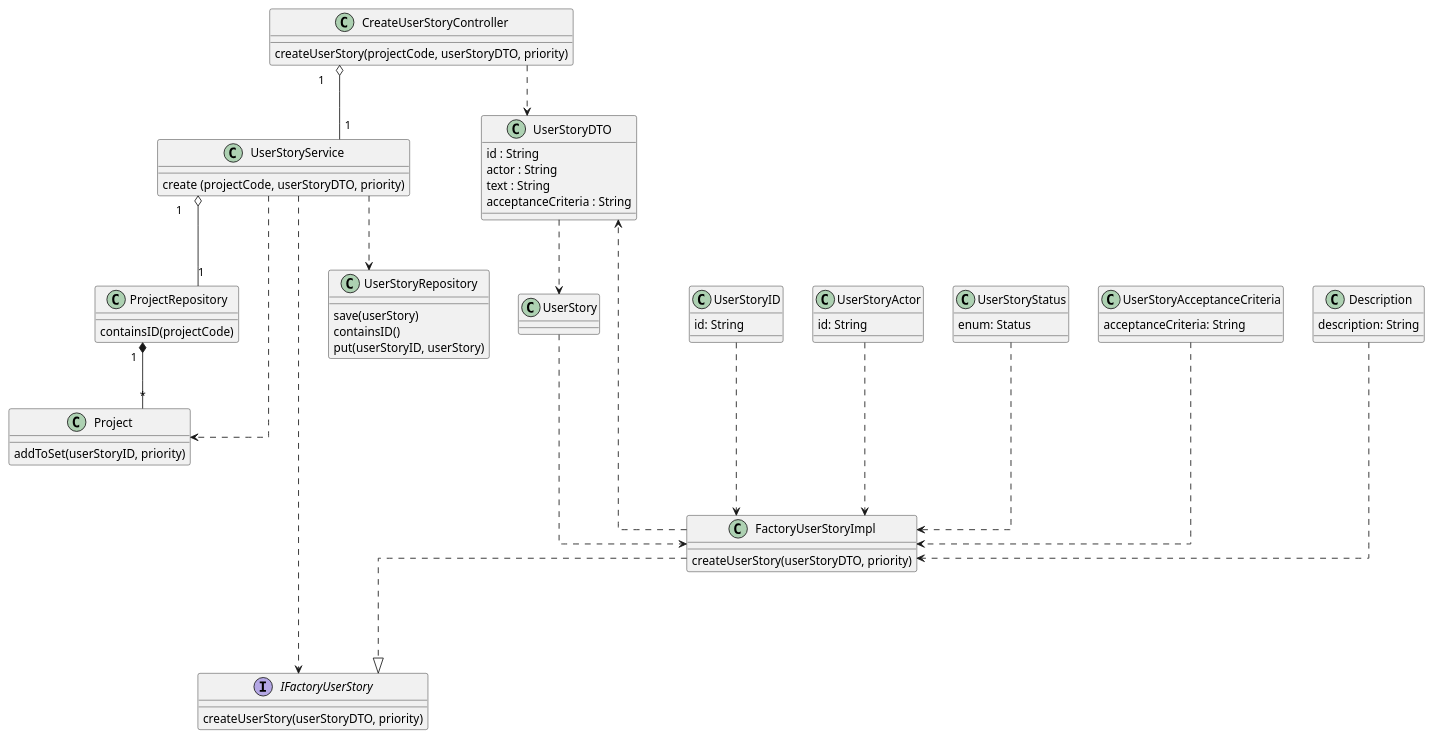
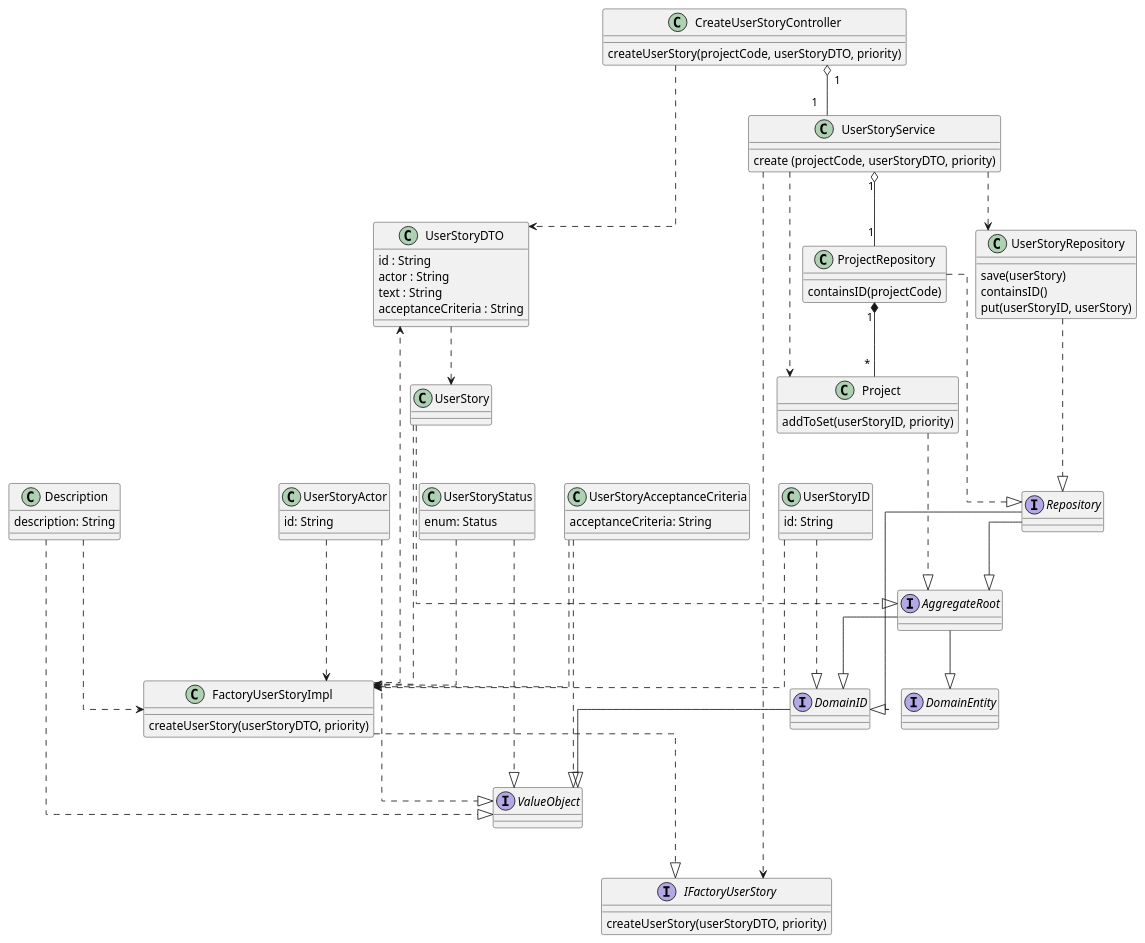
The diagram in docs/modelling_design/user_stories/us017/US017_CreateUserStoryCD.puml (ivo-menezes/project_g3), drawn with PlantUML before and after one commit.

Commit message:
US017: Design: CreateUserStoryCD updated (resolved #39)

```diff
--- a/docs/modelling_design/user_stories/us017/US017_CreateUserStoryCD.puml
+++ b/docs/modelling_design/user_stories/us017/US017_CreateUserStoryCD.puml
@@ -1,87 +1,122 @@
 @startuml
 skinparam linetype ortho
 
 class CreateUserStoryController {
 createUserStory(projectCode, userStoryDTO, priority)
 }
 
 class UserStoryService {
 create (projectCode, userStoryDTO, priority)
 }
 
 class ProjectRepository {
 containsID(projectCode)
 }
 
 interface IFactoryUserStory {
 createUserStory(userStoryDTO, priority)
 }
 
 class FactoryUserStoryImpl {
 createUserStory(userStoryDTO, priority)
 }
 
 class UserStoryID {
 id: String
 }
 
 class UserStoryActor {
 id: String
 }
 
 class UserStoryStatus {
 enum: Status
 }
 
 class UserStoryAcceptanceCriteria {
 acceptanceCriteria: String
 }
 
 class Description {
 description: String
 }
 
 class UserStory {
 }
 
 class UserStoryRepository {
 save(userStory)
 containsID()
 put(userStoryID, userStory)
 }
 
 class Project {
 addToSet(userStoryID, priority)
 }
 /'
 class ProjectCode {
 projectCode :String
 }
 '/
 class UserStoryDTO {
 id : String
 actor : String
 text : String
 acceptanceCriteria : String
 }
 
+interface ValueObject {
+}
+
+interface DomainID {
+}
+
+interface Repository {
+}
+
+interface AggregateRoot {
+}
+
+interface DomainEntity {
+}
+
 CreateUserStoryController "1" o--"1" UserStoryService
 UserStoryService "1" o--"1" ProjectRepository
 CreateUserStoryController ..> UserStoryDTO
 ProjectRepository "      1" *-- "                    *" Project
 UserStoryDTO ..> UserStory
 
 
 FactoryUserStoryImpl -..|> IFactoryUserStory
 UserStoryID -..> FactoryUserStoryImpl
 UserStoryActor-..> FactoryUserStoryImpl
 UserStoryStatus-..> FactoryUserStoryImpl
 UserStoryAcceptanceCriteria-..> FactoryUserStoryImpl
 Description-..> FactoryUserStoryImpl
 UserStory-..> FactoryUserStoryImpl
 FactoryUserStoryImpl -..> UserStoryDTO
 UserStoryService ..> IFactoryUserStory
 UserStoryService ..> UserStoryRepository
 UserStoryService ..> Project
 
+UserStoryActor -..|> ValueObject
+UserStoryStatus -..|> ValueObject
+Description -..|> ValueObject
+UserStoryAcceptanceCriteria -..|> ValueObject
+UserStoryID -..|> DomainID
+
+UserStoryRepository -..|> Repository
+ProjectRepository -..|> Repository
+
+Project -..|> AggregateRoot
+UserStory -..|> AggregateRoot
+
+DomainID --|> ValueObject
+
+Repository --|> DomainID
+Repository --|> AggregateRoot
+
+AggregateRoot --|> DomainID
+AggregateRoot --|> DomainEntity
+
 @enduml
```
